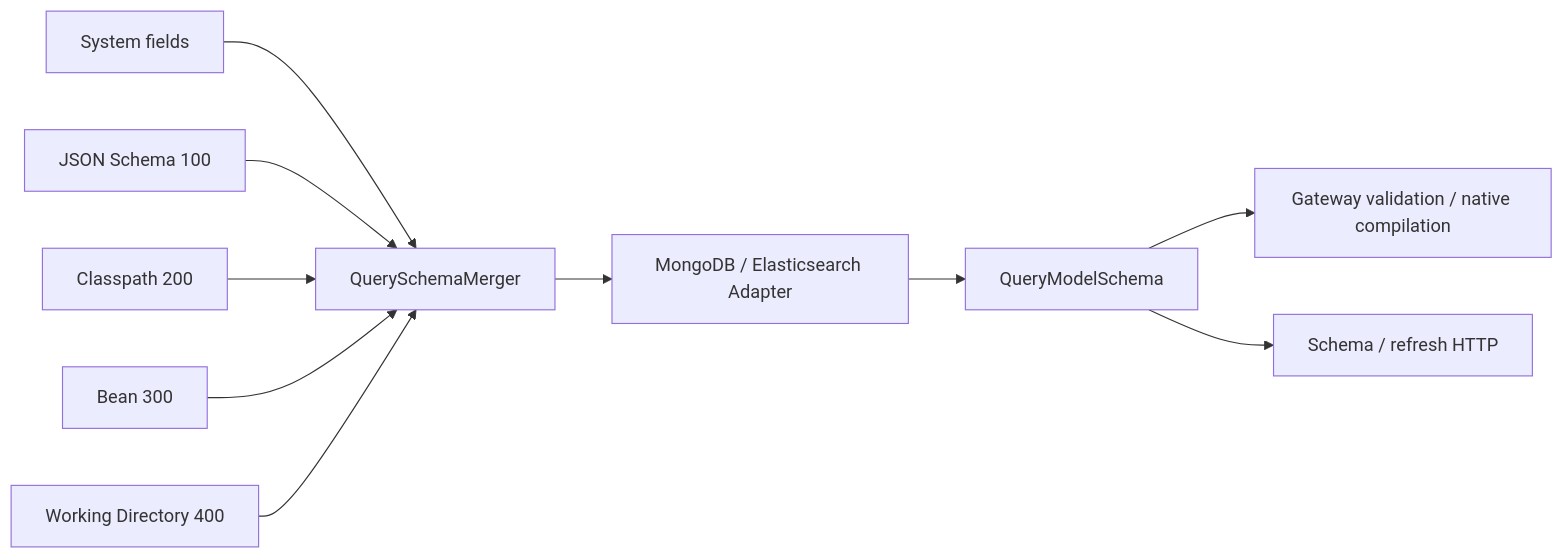
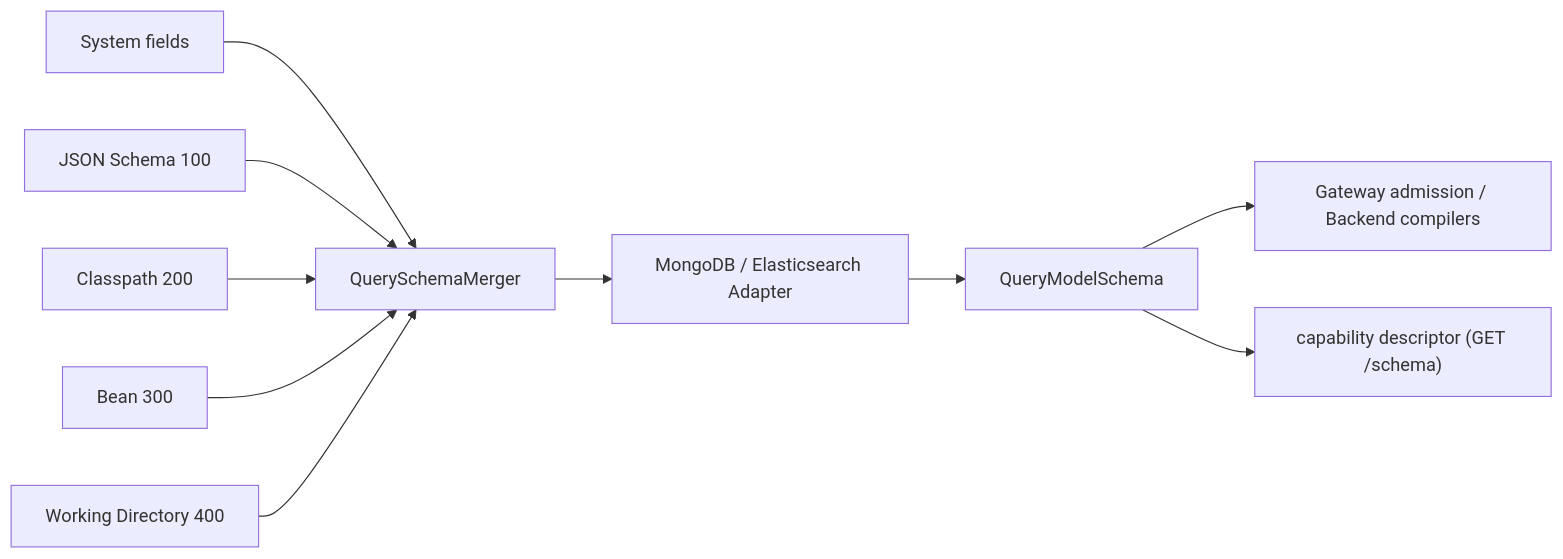
The diagram in documentation/docs/en/guide/query/query-model-schema.md (Ahoo-Wang/Wow), drawn with Mermaid before and after one commit. The commit also changed other lines of this file and 35 other files, not shown here.

Commit message:
docs(query): align query guides and skills with admission, AdmittedQuery primitives and schema revalidation (#3569)

````diff
--- a/documentation/docs/en/guide/query/query-model-schema.md
+++ b/documentation/docs/en/guide/query/query-model-schema.md
@@ -59,12 +59,12 @@
 ```mermaid
 flowchart LR
     System["System fields"] --> Merger["QuerySchemaMerger"]
     Json["JSON Schema 100"] --> Merger
     Classpath["Classpath 200"] --> Merger
     Bean["Bean 300"] --> Merger
     Working["Working Directory 400"] --> Merger
     Merger --> Adapter["MongoDB / Elasticsearch Adapter"]
     Adapter --> Schema["QueryModelSchema"]
-    Schema --> Gateway["Gateway validation / native compilation"]
-    Schema --> HTTP["Schema / refresh HTTP"]
+    Schema --> Gateway["Gateway admission / Backend compilers"]
+    Schema --> HTTP["capability descriptor (GET /schema)"]
 ```
````
